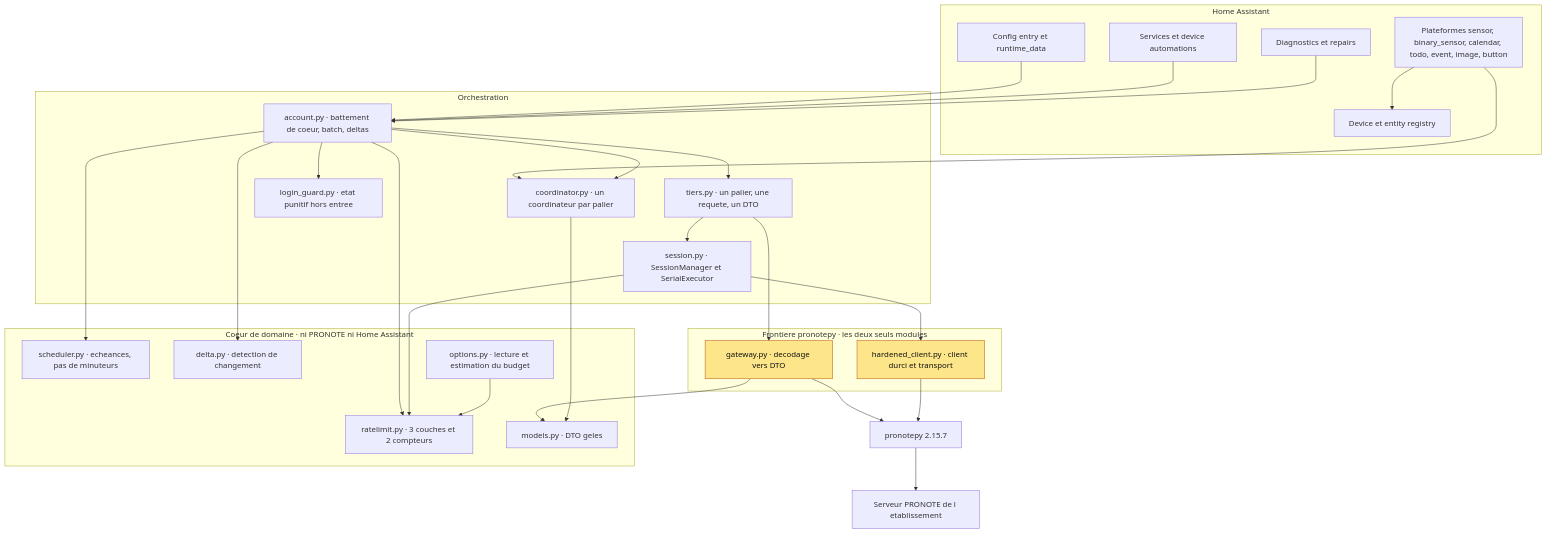
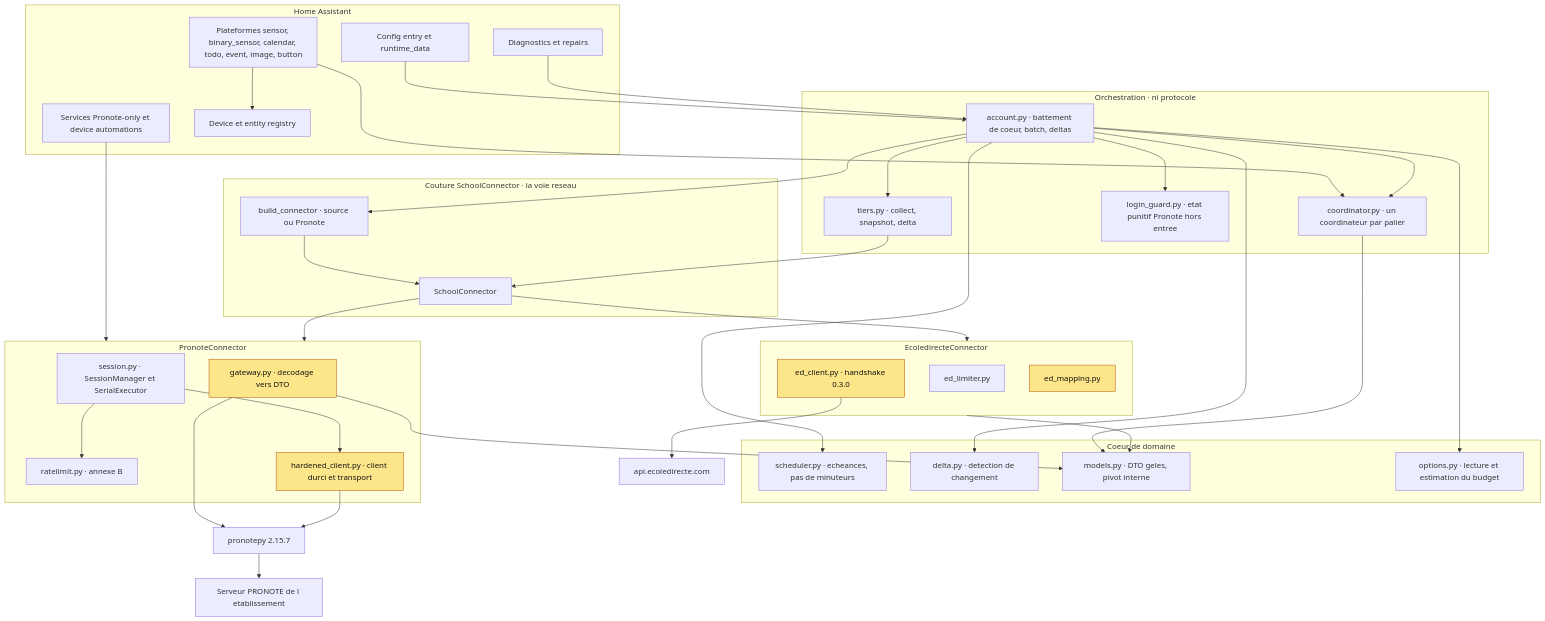
The first of 6 diagrams in docs/ARCHITECTURE.md (FiveElements/ha-pronote-ng), drawn with Mermaid before and after one commit. The commit also changed other lines of this file and 59 other files, not shown here.

````diff
--- a/docs/ARCHITECTURE.md
+++ b/docs/ARCHITECTURE.md
@@ -108,59 +146,75 @@
 ```mermaid
 flowchart TB
   subgraph HA["Home Assistant"]
     CE["Config entry et runtime_data"]
     PLAT["Plateformes sensor, binary_sensor, calendar, todo, event, image, button"]
-    SVC["Services et device automations"]
+    SVC["Services Pronote-only et device automations"]
     DIAG["Diagnostics et repairs"]
     REG["Device et entity registry"]
   end
 
-  subgraph ORCH["Orchestration"]
+  subgraph ORCH["Orchestration · ni protocole"]
     ACC["account.py · battement de coeur, batch, deltas"]
-    TIERS["tiers.py · un palier, une requete, un DTO"]
-    SESS["session.py · SessionManager et SerialExecutor"]
+    TIERS["tiers.py · collect, snapshot, delta"]
     COORD["coordinator.py · un coordinateur par palier"]
-    GUARD["login_guard.py · etat punitif hors entree"]
+    GUARD["login_guard.py · etat punitif Pronote hors entree"]
   end
 
-  subgraph CORE["Coeur de domaine · ni PRONOTE ni Home Assistant"]
-    RL["ratelimit.py · 3 couches et 2 compteurs"]
+  subgraph CORE["Coeur de domaine"]
     SCHED["scheduler.py · echeances, pas de minuteurs"]
     DELTA["delta.py · detection de changement"]
-    MODELS["models.py · DTO geles"]
+    MODELS["models.py · DTO geles, pivot interne"]
     OPT["options.py · lecture et estimation du budget"]
   end
 
-  subgraph BOUND["Frontiere pronotepy · les deux seuls modules"]
+  subgraph SEAM["Couture SchoolConnector · la voie reseau"]
+    FACT["build_connector · source ou Pronote"]
+    SC["SchoolConnector"]
+  end
+
+  subgraph PR["PronoteConnector"]
+    SESS["session.py · SessionManager et SerialExecutor"]
+    RL["ratelimit.py · annexe B"]
     GW["gateway.py · decodage vers DTO"]
     HC["hardened_client.py · client durci et transport"]
   end
 
+  subgraph ED["EcoledirecteConnector"]
+    EDLIM["ed_limiter.py"]
+    EDHTTP["ed_client.py · handshake 0.3.0"]
+    EDMAP["ed_mapping.py"]
+  end
+
   PY["pronotepy 2.15.7"]
-  NET["Serveur PRONOTE de l etablissement"]
+  NETP["Serveur PRONOTE de l etablissement"]
+  NETE["api.ecoledirecte.com"]
 
   CE --> ACC
   PLAT --> COORD
-  SVC --> ACC
+  SVC --> PR
   DIAG --> ACC
   PLAT --> REG
   ACC --> TIERS
   ACC --> SCHED
-  ACC --> RL
   ACC --> DELTA
   ACC --> COORD
   ACC --> GUARD
-  TIERS --> SESS
-  TIERS --> GW
+  ACC --> OPT
+  ACC --> FACT
+  FACT --> SC
+  TIERS --> SC
+  SC --> PR
+  SC --> ED
   SESS --> RL
   SESS --> HC
   GW --> MODELS
+  ED --> MODELS
   GW --> PY
   HC --> PY
-  PY --> NET
-  OPT --> RL
+  PY --> NETP
+  EDHTTP --> NETE
   COORD --> MODELS
 
   classDef boundary fill:#fde68a,stroke:#b45309,color:#111
-  class GW,HC boundary
+  class GW,HC,EDHTTP,EDMAP boundary
 ```
````
